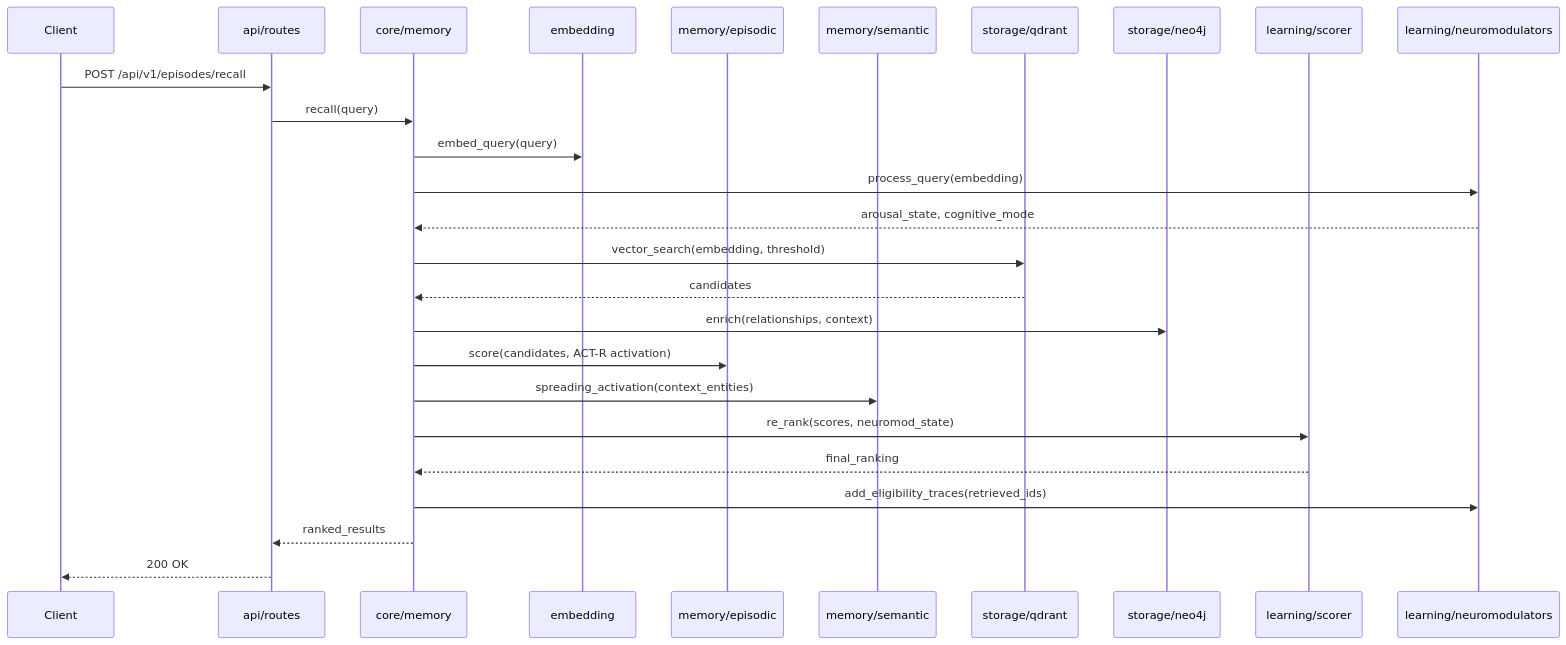
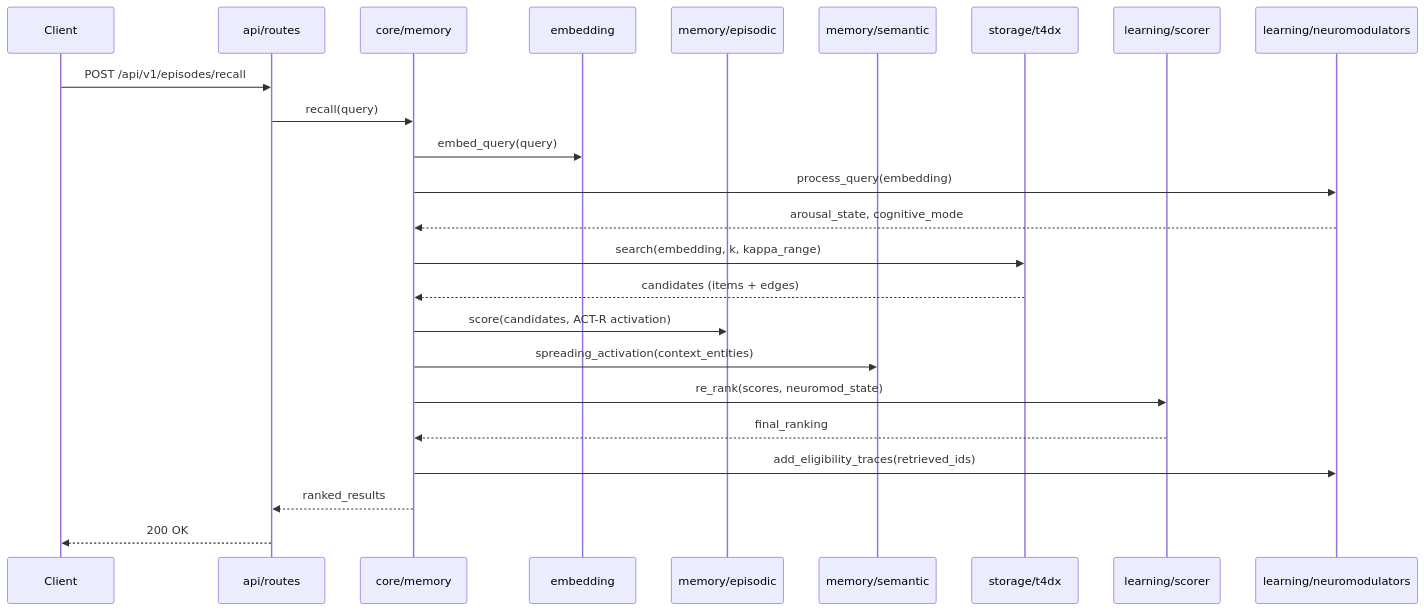
One commit to astoreyai/t4d changed the fourth of 10 diagrams in docs/SYSTEM_ARCHITECTURE_MASTER.md. Above: the diagram before and after it, drawn with Mermaid. The commit also changed other lines of this file and 5 other files, not shown here.

First line of the commit message:
Update core docs: Remove Neo4j/Qdrant refs, add T4DX

````diff
--- a/docs/SYSTEM_ARCHITECTURE_MASTER.md
+++ b/docs/SYSTEM_ARCHITECTURE_MASTER.md
@@ -179,29 +176,27 @@
 ```mermaid
 sequenceDiagram
     participant Client
     participant API as api/routes
     participant Core as core/memory
     participant Emb as embedding
     participant Mem as memory/episodic
     participant Sem as memory/semantic
-    participant Qdrant as storage/qdrant
-    participant Neo4j as storage/neo4j
+    participant T4DX as storage/t4dx
     participant Learn as learning/scorer
     participant NM as learning/neuromodulators
 
     Client->>API: POST /api/v1/episodes/recall
     API->>Core: recall(query)
     Core->>Emb: embed_query(query)
     Core->>NM: process_query(embedding)
     NM-->>Core: arousal_state, cognitive_mode
-    Core->>Qdrant: vector_search(embedding, threshold)
-    Qdrant-->>Core: candidates
-    Core->>Neo4j: enrich(relationships, context)
+    Core->>T4DX: search(embedding, k, kappa_range)
+    T4DX-->>Core: candidates (items + edges)
     Core->>Mem: score(candidates, ACT-R activation)
     Core->>Sem: spreading_activation(context_entities)
     Core->>Learn: re_rank(scores, neuromod_state)
     Learn-->>Core: final_ranking
     Core->>NM: add_eligibility_traces(retrieved_ids)
     Core-->>API: ranked_results
     API-->>Client: 200 OK
 ```
````
